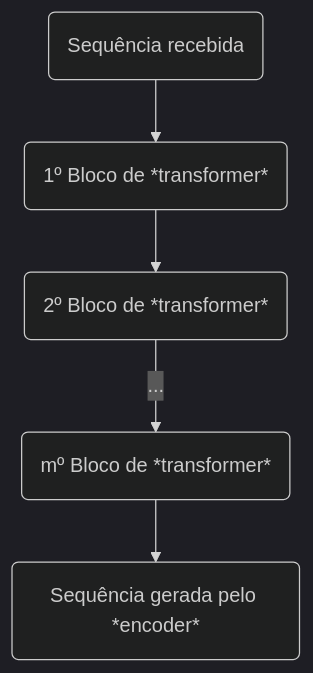
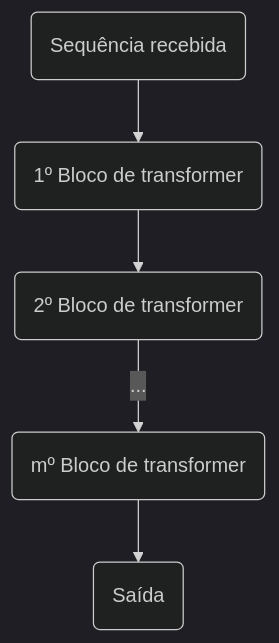
The fourth of 7 diagrams in src/content/posts/transformers.md (eshiraishi/eshiraishi.github.io), drawn with Mermaid (dark theme) before and after one commit. The commit also changed other lines of this file, not shown here.

````diff
--- a/src/content/posts/transformers.md
+++ b/src/content/posts/transformers.md
@@ -887,12 +1234,12 @@
 ```mermaid
 flowchart
     input(Sequência recebida)
-    EncoderBlock(1º Bloco de *transformer*)
-    EncoderBlock2(2º Bloco de *transformer*)
-    EncoderBlockN(mº Bloco de *transformer*)
-    outputN(Sequência gerada pelo *encoder*)
+    EncoderBlock(1º Bloco de transformer)
+    EncoderBlock2(2º Bloco de transformer)
+    EncoderBlockN(mº Bloco de transformer)
+    outputN(Saída)
     input --> EncoderBlock
     EncoderBlock --> EncoderBlock2
     EncoderBlock2 -- ... --> EncoderBlockN
     EncoderBlockN --> outputN
 ```
````
